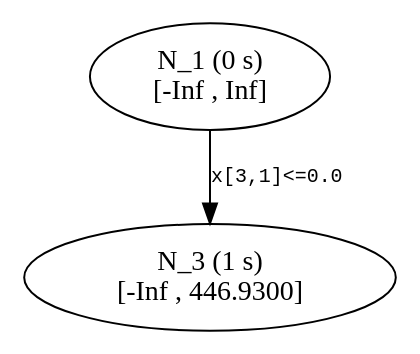
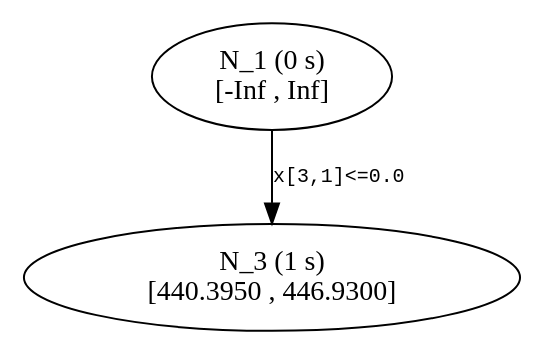
Before and after one commit to atoptima/Coluna.jl: the diagram in previews/PR835/start/tree2.dot, drawn with Graphviz. The commit also changed 17 other files, not shown here.

```diff
--- a/previews/PR835/start/tree2.dot
+++ b/previews/PR835/start/tree2.dot
@@ -1,8 +1,8 @@
 ## dot -Tpdf thisfile > thisfile.pdf 
 
 digraph Branching_Tree {
 	edge[fontname = "Courier", fontsize = 10];
 	n1 [label= "N_1 (0 s) \n[-Inf , Inf]"];
-	n3 [label= "N_3 (1 s) \n[-Inf , 446.9300]"];
+	n3 [label= "N_3 (1 s) \n[440.3950 , 446.9300]"];
 	n1 -> n3 [label= "x[3,1]<=0.0"];
 }
```
